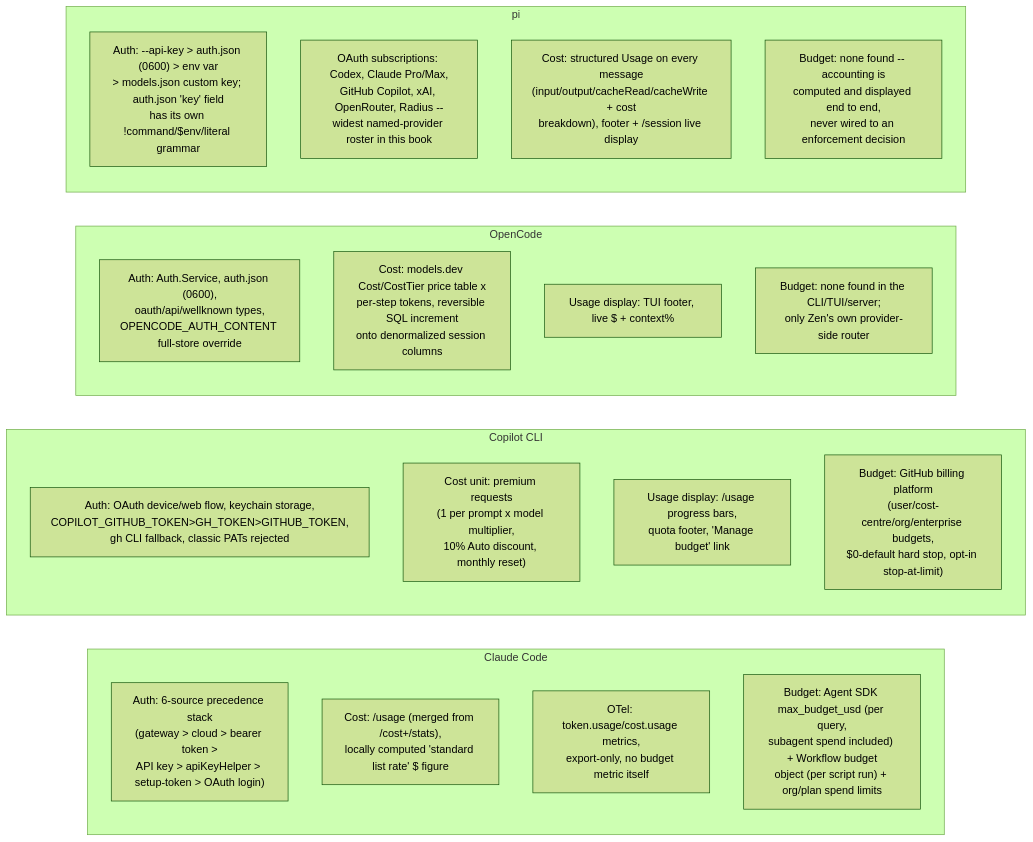
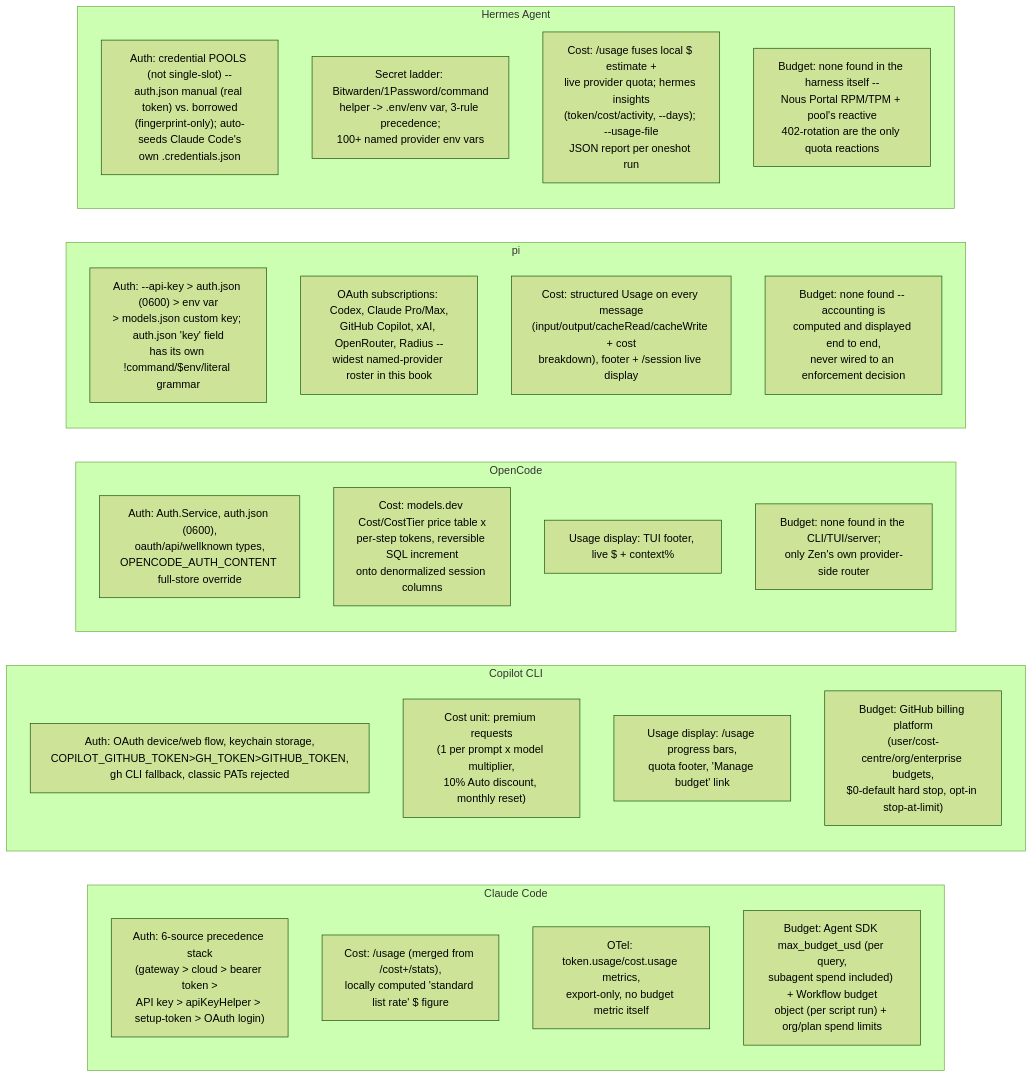
Before and after one commit to sfernandezplain/AIrchon: the fifth of 5 diagrams in references/harnesses/auth-and-usage-accounting.md, drawn with Mermaid (forest theme). The commit also changed other lines of this file and 22 other files, not shown here.

````diff
--- a/references/harnesses/auth-and-usage-accounting.md
+++ b/references/harnesses/auth-and-usage-accounting.md
@@ -859,31 +1124,38 @@
 ```mermaid
 flowchart LR
     subgraph CC["Claude Code"]
         direction TB
         CC1["Auth: 6-source precedence stack\n(gateway > cloud > bearer token >\nAPI key > apiKeyHelper > setup-token > OAuth login)"]
         CC2["Cost: /usage (merged from /cost+/stats),\nlocally computed 'standard list rate' $ figure"]
         CC3["OTel: token.usage/cost.usage metrics,\nexport-only, no budget metric itself"]
         CC4["Budget: Agent SDK max_budget_usd (per query,\nsubagent spend included) + Workflow budget\nobject (per script run) + org/plan spend limits"]
     end
     subgraph CP["Copilot CLI"]
         direction TB
         CP1["Auth: OAuth device/web flow, keychain storage,\nCOPILOT_GITHUB_TOKEN>GH_TOKEN>GITHUB_TOKEN,\ngh CLI fallback, classic PATs rejected"]
         CP2["Cost unit: premium requests\n(1 per prompt x model multiplier,\n10% Auto discount, monthly reset)"]
         CP3["Usage display: /usage progress bars,\nquota footer, 'Manage budget' link"]
         CP4["Budget: GitHub billing platform\n(user/cost-centre/org/enterprise budgets,\n$0-default hard stop, opt-in stop-at-limit)"]
     end
     subgraph OC["OpenCode"]
         direction TB
         OC1["Auth: Auth.Service, auth.json (0600),\noauth/api/wellknown types,\nOPENCODE_AUTH_CONTENT full-store override"]
         OC2["Cost: models.dev Cost/CostTier price table x\nper-step tokens, reversible SQL increment\nonto denormalized session columns"]
         OC3["Usage display: TUI footer, live $ + context%"]
         OC4["Budget: none found in the CLI/TUI/server;\nonly Zen's own provider-side router"]
     end
     subgraph PI["pi"]
         direction TB
         PI1["Auth: --api-key > auth.json (0600) > env var\n> models.json custom key; auth.json 'key' field\nhas its own !command/$env/literal grammar"]
         PI2["OAuth subscriptions: Codex, Claude Pro/Max,\nGitHub Copilot, xAI, OpenRouter, Radius --\nwidest named-provider roster in this book"]
         PI3["Cost: structured Usage on every message\n(input/output/cacheRead/cacheWrite + cost\nbreakdown), footer + /session live display"]
         PI4["Budget: none found -- accounting is\ncomputed and displayed end to end,\nnever wired to an enforcement decision"]
     end
+    subgraph HM["Hermes Agent"]
+        direction TB
+        HM1["Auth: credential POOLS (not single-slot) --\nauth.json manual (real token) vs. borrowed\n(fingerprint-only); auto-seeds Claude Code's\nown .credentials.json"]
+        HM2["Secret ladder: Bitwarden/1Password/command\nhelper -> .env/env var, 3-rule precedence;\n100+ named provider env vars"]
+        HM3["Cost: /usage fuses local $ estimate +\nlive provider quota; hermes insights\n(token/cost/activity, --days); --usage-file\nJSON report per oneshot run"]
+        HM4["Budget: none found in the harness itself --\nNous Portal RPM/TPM + pool's reactive\n402-rotation are the only quota reactions"]
+    end
 ```
````
